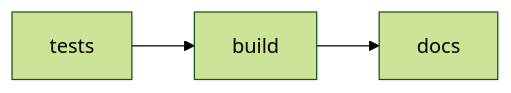
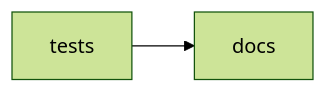
The diagram in README.md (KleinMisha/trace-selection-gui), drawn with Mermaid (forest theme) before and after one commit. The commit also changed other lines of this file, not shown here.

````diff
--- a/README.md
+++ b/README.md
@@ -50,5 +76,5 @@
 ```mermaid 
 flowchart LR 
 
-tests --> build --> docs 
+tests  --> docs 
 ```
````
